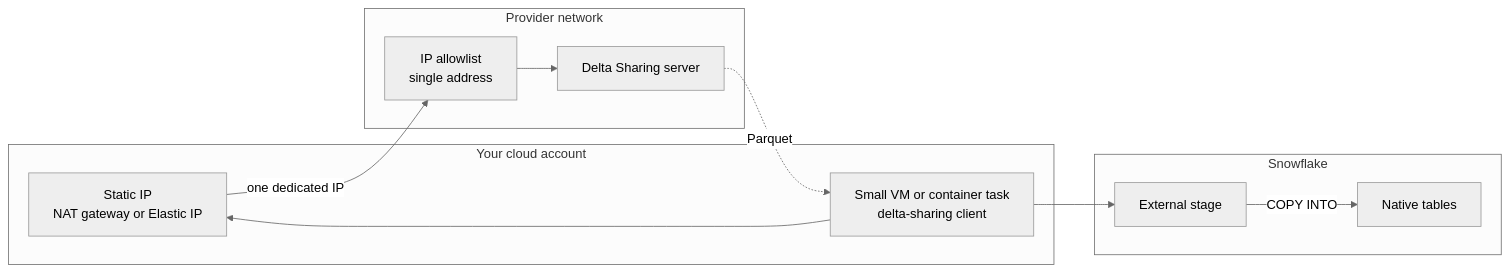
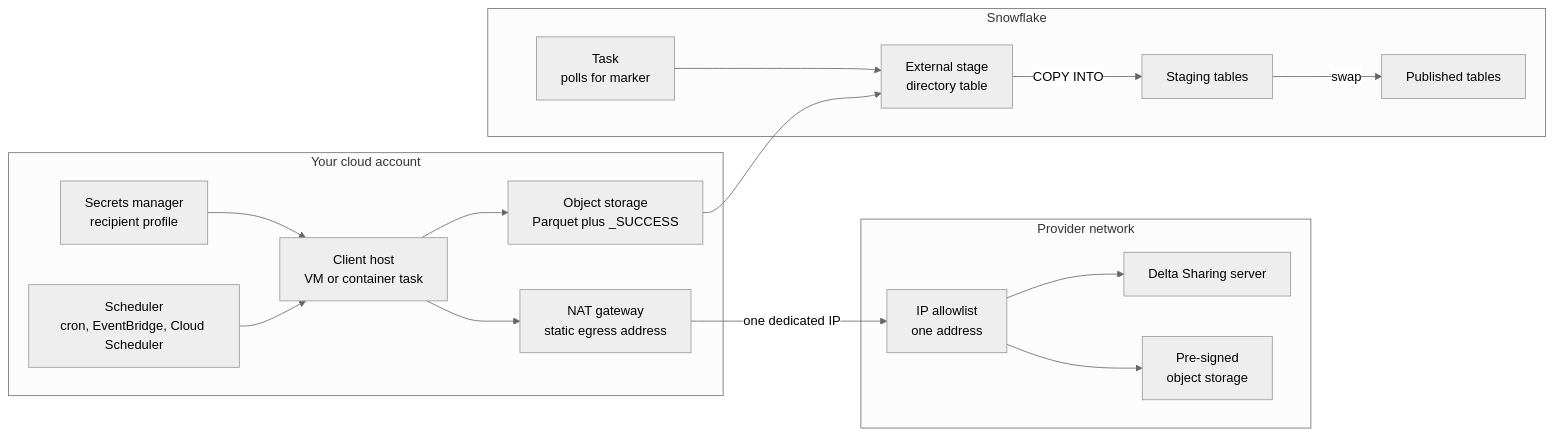
One commit to sfc-gh-miwhitaker/sfe-public changed the third of 3 diagrams in guide-delta-sharing-ip-allowlist/README.md. Above: the diagram before and after it, drawn with Mermaid (neutral theme). The commit also changed other lines of this file and 53 other files, not shown here.

````diff
--- a/guide-delta-sharing-ip-allowlist/README.md
+++ b/guide-delta-sharing-ip-allowlist/README.md
@@ -710,22 +751,33 @@
 ```mermaid
 flowchart LR
   subgraph you ["Your cloud account"]
-    nat["Static IP<br>NAT gateway or Elastic IP"]
-    client["Small VM or container task<br>delta-sharing client"]
+    sched["Scheduler<br>cron, EventBridge, Cloud Scheduler"]
+    client["Client host<br>VM or container task"]
+    sec["Secrets manager<br>recipient profile"]
+    nat["NAT gateway<br>static egress address"]
+    obj["Object storage<br>Parquet plus _SUCCESS"]
   end
   subgraph prov ["Provider network"]
-    fw["IP allowlist<br>single address"]
+    fw["IP allowlist<br>one address"]
     ds["Delta Sharing server"]
+    store["Pre-signed<br>object storage"]
   end
   subgraph sf ["Snowflake"]
-    stage["External stage"]
-    tbl["Native tables"]
+    stg["External stage<br>directory table"]
+    task["Task<br>polls for marker"]
+    land["Staging tables"]
+    tgt["Published tables"]
   end
 
+  sched --> client
+  sec --> client
   client --> nat
   nat -->|"one dedicated IP"| fw
   fw --> ds
-  ds -.->|"Parquet"| client
-  client --> stage
-  stage -->|"COPY INTO"| tbl
+  fw --> store
+  client --> obj
+  obj --> stg
+  task --> stg
+  stg -->|"COPY INTO"| land
+  land -->|"swap"| tgt
 ```
````
